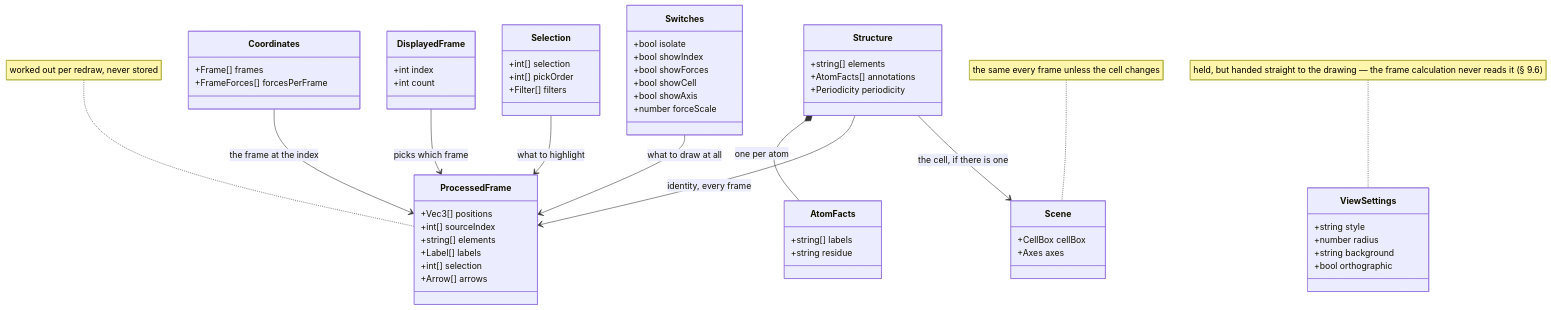
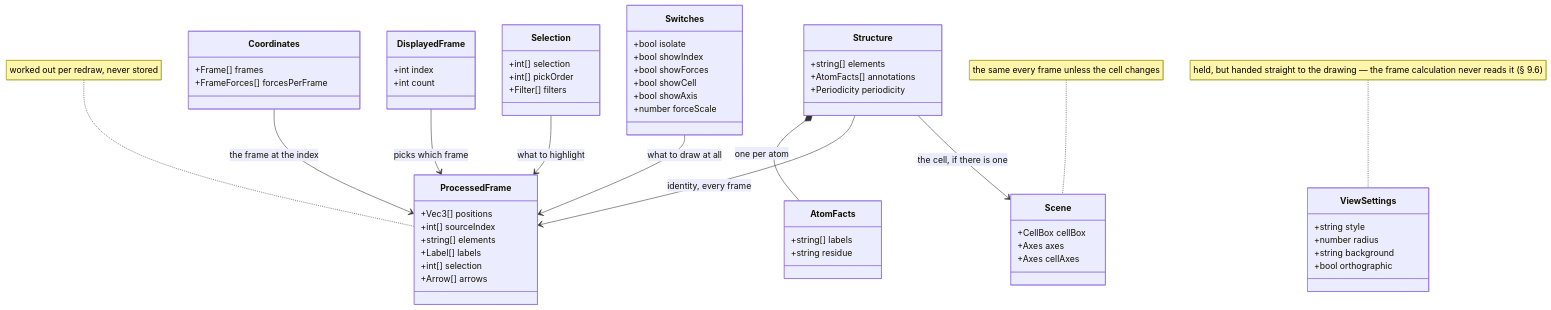
One commit to Qing-LAB/molbuilder changed the second of 9 diagrams in docs/web/molview.md. Above: the diagram before and after it, drawn with Mermaid. The commit also changed other lines of this file and 9 other files, not shown here.

````diff
--- a/docs/web/molview.md
+++ b/docs/web/molview.md
@@ -431,61 +431,62 @@
 ```mermaid
 classDiagram
     class Structure {
       +string[] elements
       +AtomFacts[] annotations
       +Periodicity periodicity
     }
     class AtomFacts {
       +string[] labels
       +string residue
     }
     class Coordinates {
       +Frame[] frames
       +FrameForces[] forcesPerFrame
     }
     class DisplayedFrame {
       +int index
       +int count
     }
     class Selection {
       +int[] selection
       +int[] pickOrder
       +Filter[] filters
     }
     class Switches {
       +bool isolate
       +bool showIndex
       +bool showForces
       +bool showCell
       +bool showAxis
       +number forceScale
     }
     class ProcessedFrame {
       +Vec3[] positions
       +int[] sourceIndex
       +string[] elements
       +Label[] labels
       +int[] selection
       +Arrow[] arrows
     }
     class Scene {
       +CellBox cellBox
       +Axes axes
+      +Axes cellAxes
     }
     class ViewSettings {
       +string style
       +number radius
       +string background
       +bool orthographic
     }
     Structure *-- AtomFacts : one per atom
     Structure --> ProcessedFrame : identity, every frame
     Coordinates --> ProcessedFrame : the frame at the index
     DisplayedFrame --> ProcessedFrame : picks which frame
     Selection --> ProcessedFrame : what to highlight
     Switches --> ProcessedFrame : what to draw at all
     Structure --> Scene : the cell, if there is one
     note for ProcessedFrame "worked out per redraw, never stored"
     note for Scene "the same every frame unless the cell changes"
     note for ViewSettings "held, but handed straight to the drawing — the frame calculation never reads it (§ 9.6)"
 ```
````
